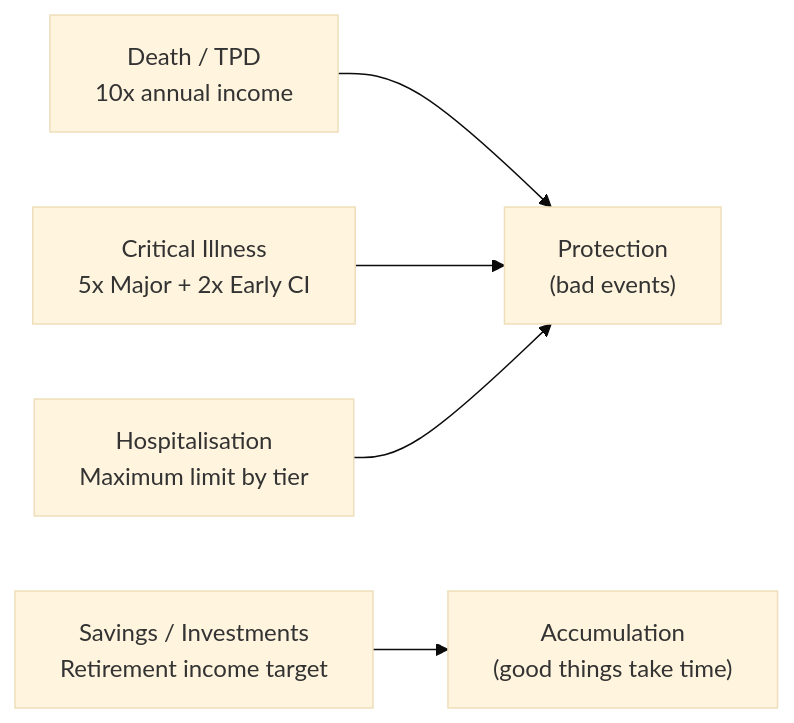
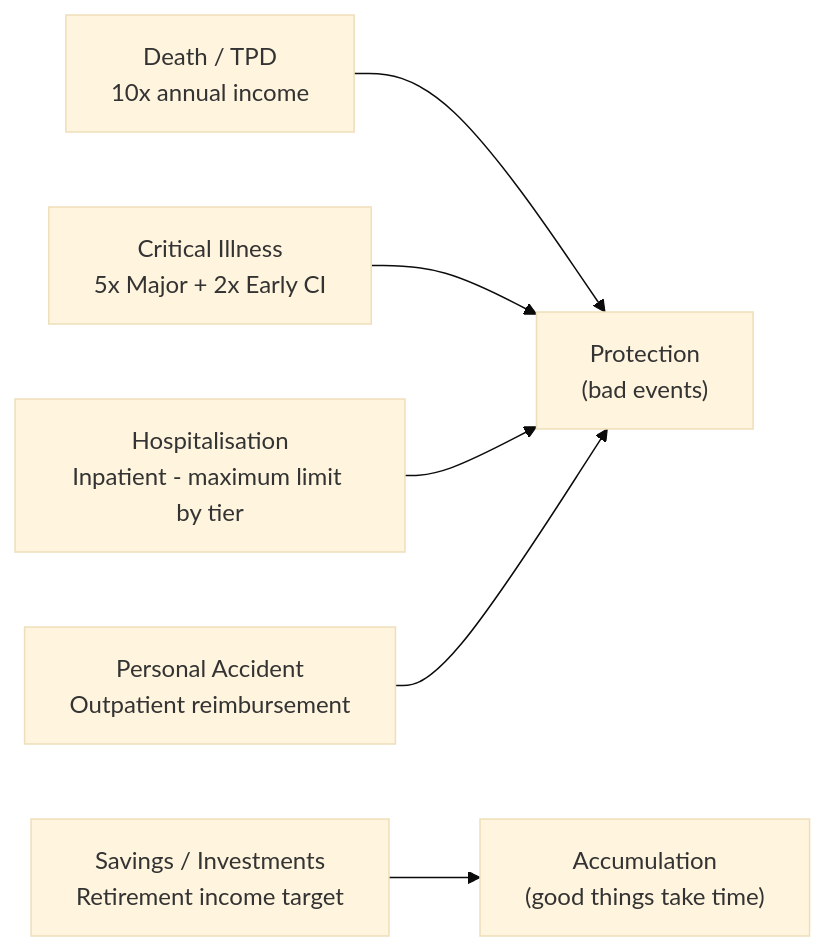
Before and after one commit to leotansingapore/aia-product-compass-hub: the first of 2 diagrams in docs/first-60-days/week-2/day-07.md, drawn with Mermaid (base theme). The commit also changed other lines of this file, not shown here.

Commit message:
Day 7 now separates Hospitalisation (inpatient) and Personal Accident (outpatient reimbursement) into distinct segments, expanding the framework from four to five

````diff
--- a/docs/first-60-days/week-2/day-07.md
+++ b/docs/first-60-days/week-2/day-07.md
@@ -39,10 +42,11 @@
 ```mermaid
 flowchart LR
     D["Death / TPD<br/>10x annual income"]
     CI["Critical Illness<br/>5x Major + 2x Early CI"]
-    H["Hospitalisation<br/>Maximum limit by tier"]
+    H["Hospitalisation<br/>Inpatient - maximum limit by tier"]
+    AC["Personal Accident<br/>Outpatient reimbursement"]
     S["Savings / Investments<br/>Retirement income target"]
 
-    D & CI & H --> P["Protection<br/>(bad events)"]
+    D & CI & H & AC --> P["Protection<br/>(bad events)"]
     S --> A["Accumulation<br/>(good things take time)"]
 ```
````
